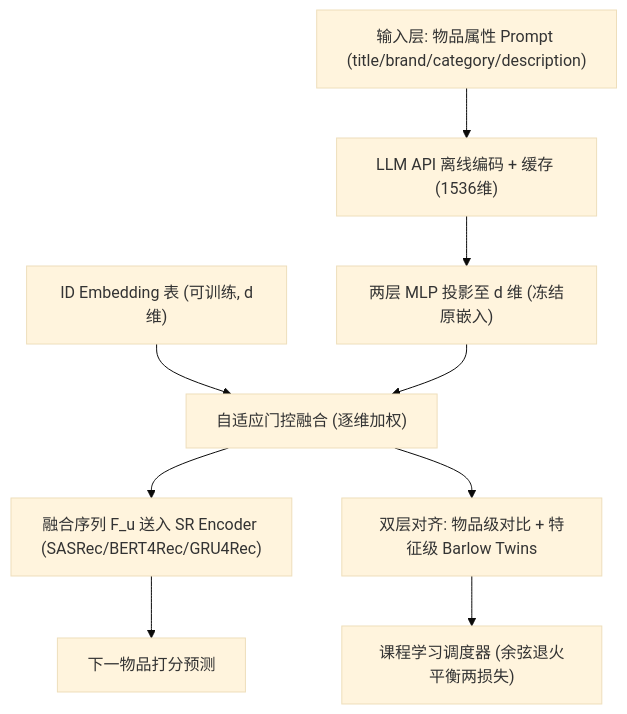
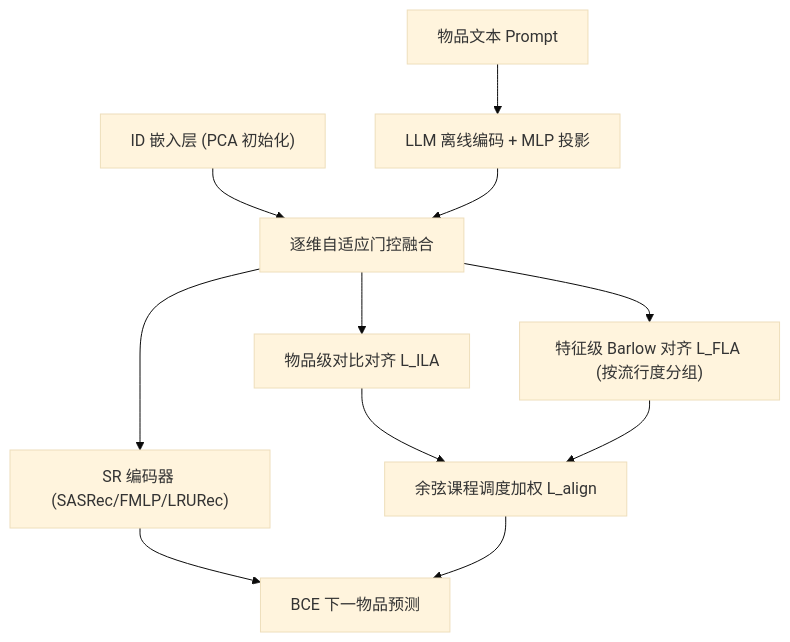
The diagram in docs/venues/SIGIR/2026/sequential_rec/fusion_and_alignment_enhancement_with_large_language_models_for_tail_item_s.md (jbdcia321vw/Paper-Notes), drawn with Mermaid (base theme) before and after one commit. The commit also changed other lines of this file and 1119 other files, not shown here.

````diff
--- a/docs/venues/SIGIR/2026/sequential_rec/fusion_and_alignment_enhancement_with_large_language_models_for_tail_item_s.md
+++ b/docs/venues/SIGIR/2026/sequential_rec/fusion_and_alignment_enhancement_with_large_language_models_for_tail_item_s.md
@@ -56,11 +47,13 @@
 ```mermaid
 flowchart TD
-    A["输入层: 物品属性 Prompt (title/brand/category/description)"] --> B["LLM API 离线编码 + 缓存 (1536维)"]
-    A2["ID Embedding 表 (可训练, d维)"] --> C["自适应门控融合 (逐维加权)"]
-    B --> B2["两层 MLP 投影至 d 维 (冻结原嵌入)"]
-    B2 --> C
-    C --> D["融合序列 F_u 送入 SR Encoder (SASRec/BERT4Rec/GRU4Rec)"]
-    D --> E["下一物品打分预测"]
-    C --> F["双层对齐: 物品级对比 + 特征级 Barlow Twins"]
-    F --> G["课程学习调度器 (余弦退火平衡两损失)"]
+    A["物品文本 Prompt"] --> B["LLM 离线编码 + MLP 投影"]
+    A2["ID 嵌入层 (PCA 初始化)"] --> C["逐维自适应门控融合"]
+    B --> C
+    C --> D["SR 编码器 (SASRec/FMLP/LRURec)"]
+    C --> E["物品级对比对齐 L_ILA"]
+    C --> F["特征级 Barlow 对齐 L_FLA (按流行度分组)"]
+    E --> G["余弦课程调度加权 L_align"]
+    F --> G
+    D --> H["BCE 下一物品预测"]
+    G --> H
 ```
````
